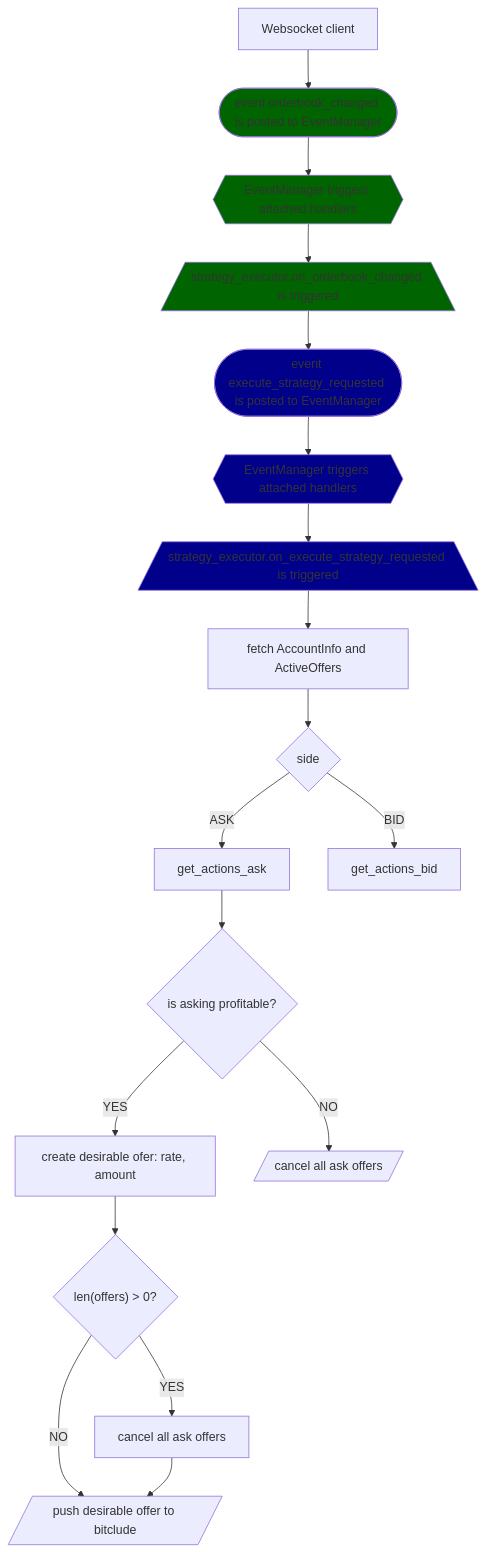
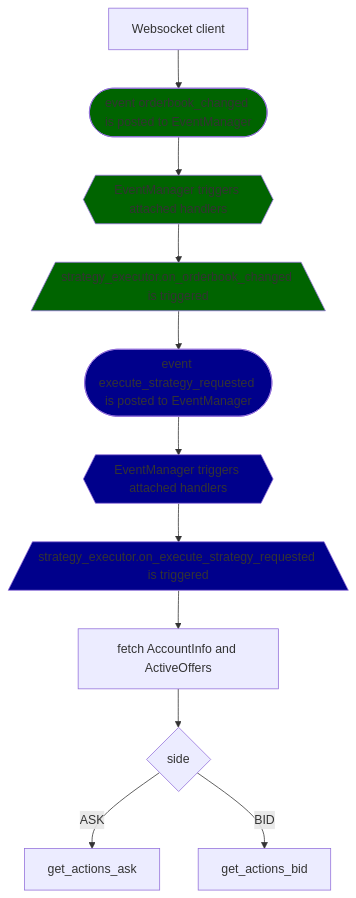
The first of 3 diagrams in README.md (oskarissimus/nagasaki), drawn with Mermaid before and after one commit. The commit also changed other lines of this file, not shown here.

````diff
--- a/README.md
+++ b/README.md
@@ -31,22 +32,15 @@
 ```mermaid
 flowchart
 classDef green fill:darkgreen;
 classDef blue fill:darkblue;
 A[Websocket client] --> B([event orderbook_changed is posted to EventManager])
 B:::green --> C{{EventManager triggers attached handlers}}
 C:::green --> D[/strategy_executor.on_orderbook_changed is triggered\]
 D:::green --> E([event execute_strategy_requested is posted to EventManager])
 E:::blue --> F{{EventManager triggers attached handlers}}
 F:::blue --> G[/strategy_executor.on_execute_strategy_requested is triggered\]
 G:::blue --> H[fetch AccountInfo and ActiveOffers]
 H --> I{side}
 I -- ASK --> K[get_actions_ask]
 I -- BID --> L[get_actions_bid]
-K --> M{is asking profitable?}
-M -- YES --> N[create desirable ofer: rate, amount]
-M -- NO --> O[/cancel all ask offers/]
-N --> P{"len(offers) > 0?"}
-P -- YES --> R[cancel all ask offers]
-P -- NO --> S[/push desirable offer to bitclude/]
-R --> S
 ```
````
